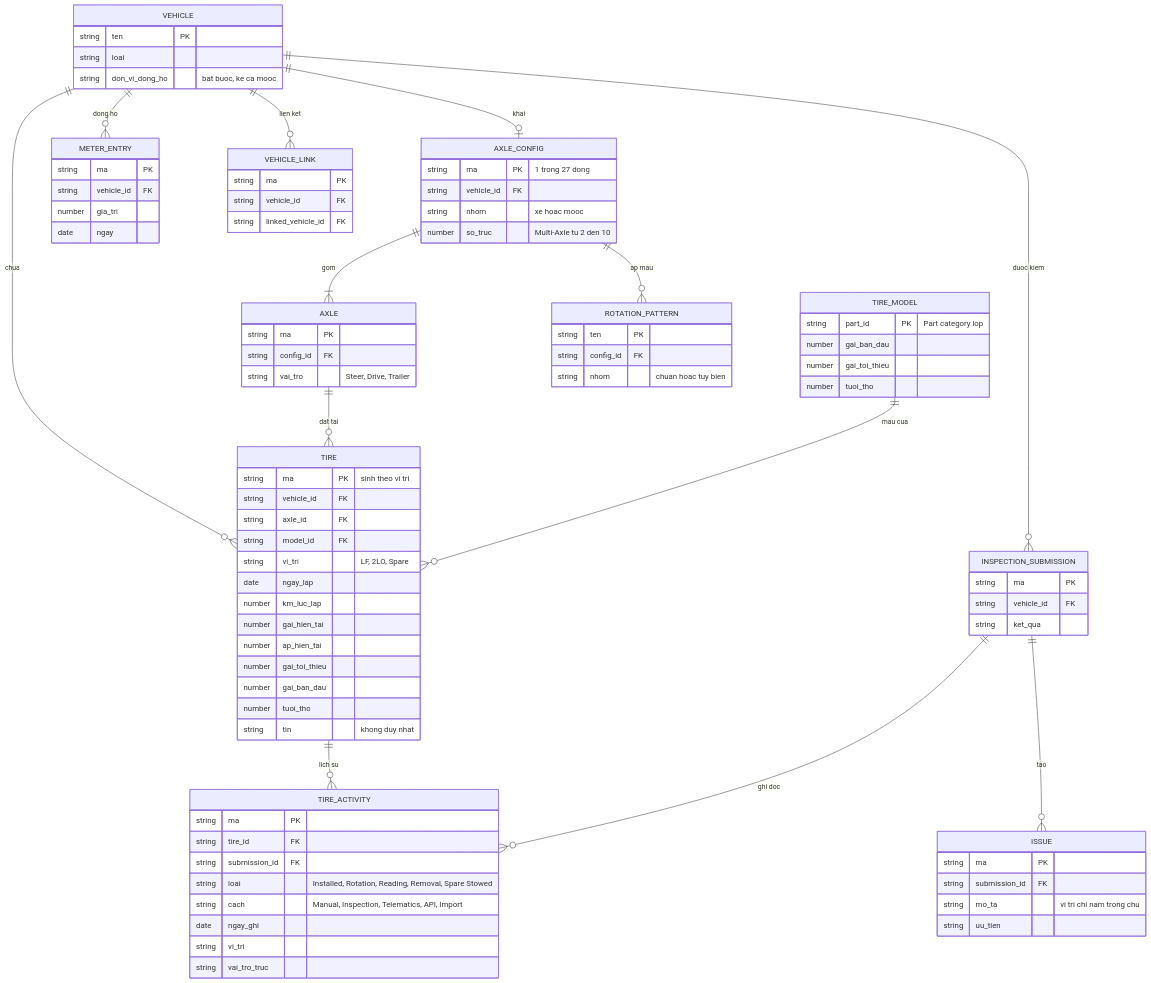
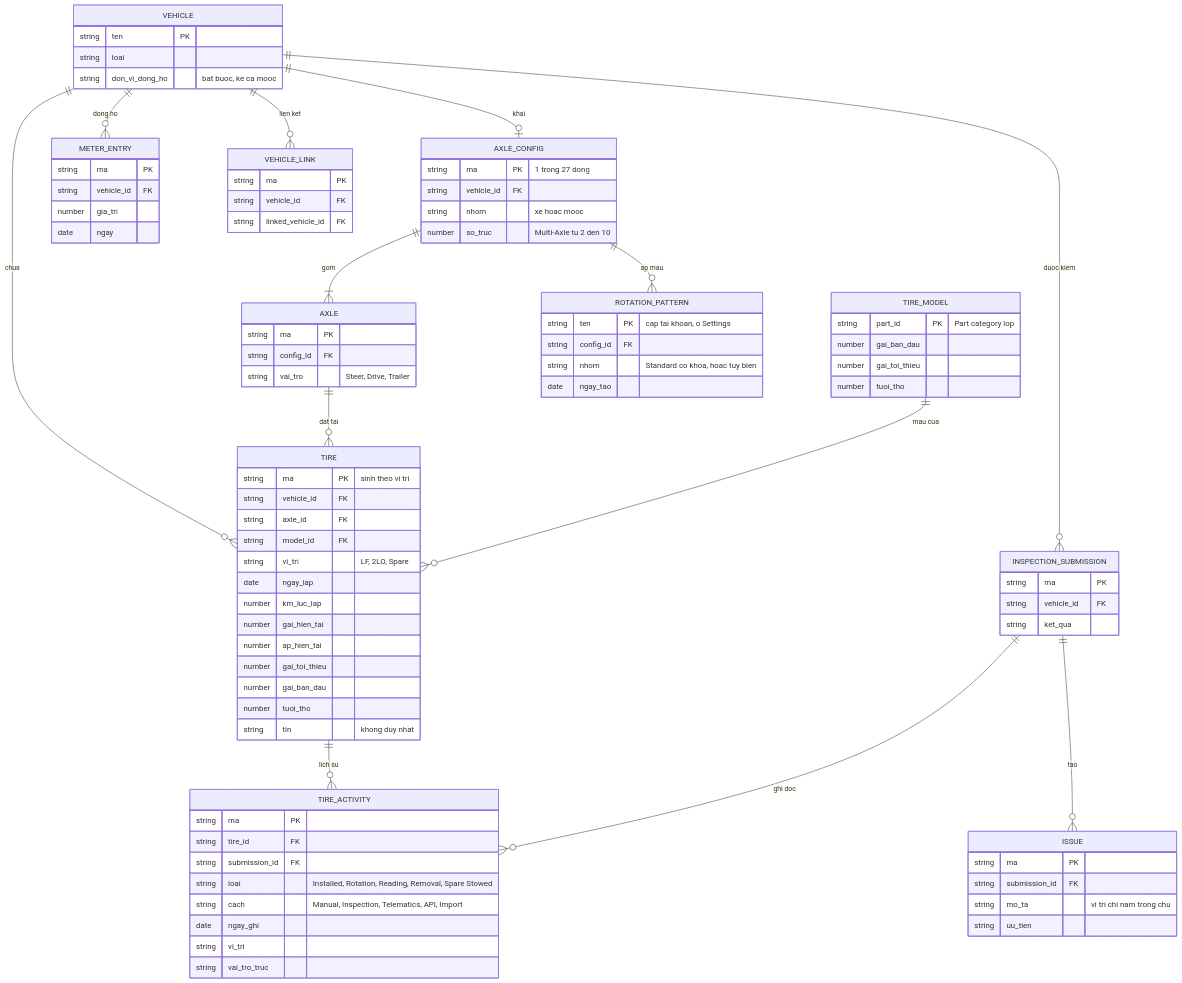
One commit to szitphan/invlogis changed the first of 2 diagrams in docs/_research/fleetio/srs/fleetio-tires-erd.md. Above: the diagram before and after it, drawn with Mermaid. The commit also changed other lines of this file and 113 other files, not shown here.

```diff
--- a/docs/_research/fleetio/srs/fleetio-tires-erd.md
+++ b/docs/_research/fleetio/srs/fleetio-tires-erd.md
@@ -70,9 +70,10 @@
         string vai_tro_truc
     }
     ROTATION_PATTERN {
-        string ten PK
+        string ten PK "cap tai khoan, o Settings"
         string config_id FK
-        string nhom "chuan hoac tuy bien"
+        string nhom "Standard co khoa, hoac tuy bien"
+        date ngay_tao
     }
     METER_ENTRY {
         string ma PK
```
